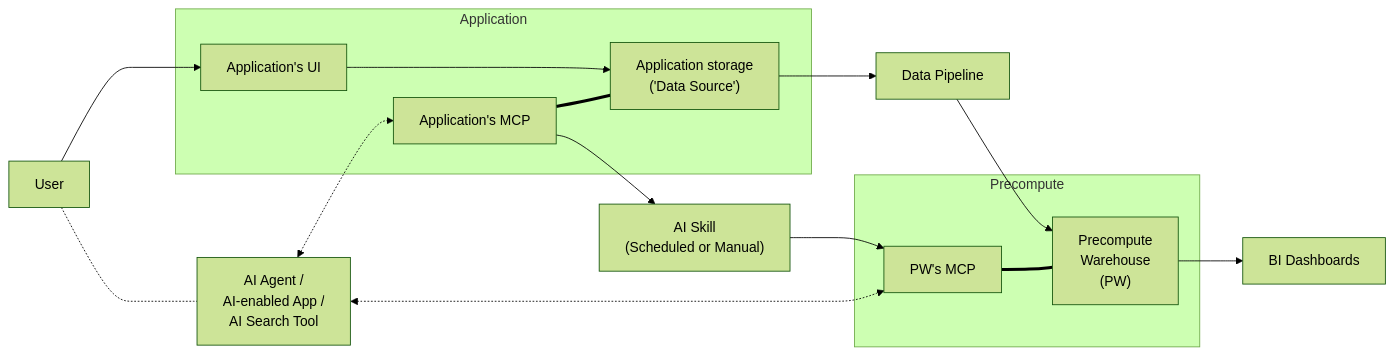
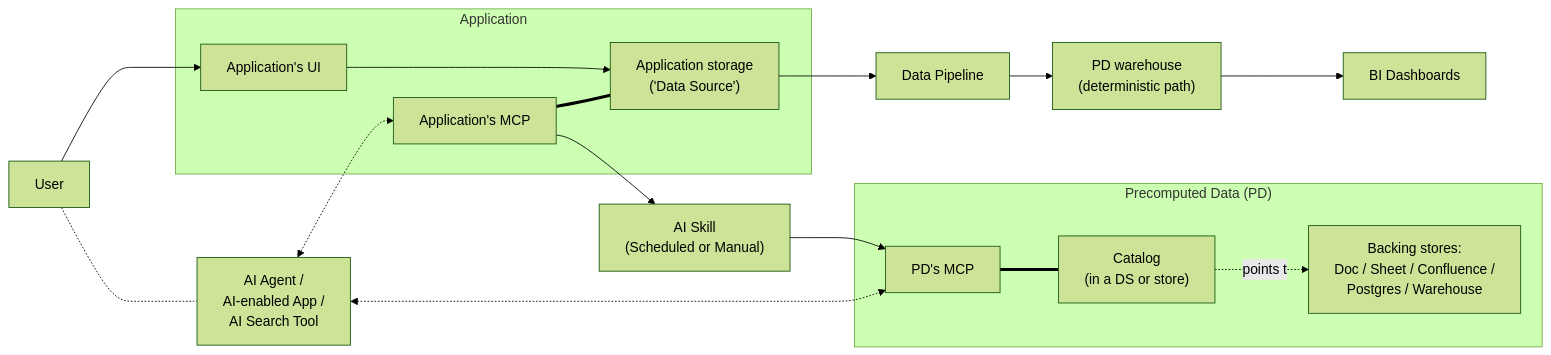
The first of 2 diagrams in lik-architecture.md (navapbc/leverage-inst-knowl), drawn with Mermaid (forest theme) before and after one commit. The commit also changed other lines of this file, not shown here.

````diff
--- a/lik-architecture.md
+++ b/lik-architecture.md
@@ -147,25 +166,26 @@
 ```mermaid
 flowchart LR
   %% Overall Data Flow
 
   User[User] ---> DS_UI
 
   subgraph Application
     DS["Application storage <br/>('Data Source')"]
     DS_UI["Application's UI"] ---> DS
     DS_MCP["Application's MCP"] === DS
   end
 
-  DS --> Pipeline[Data Pipeline] --> PW["Precompute<br/>Warehouse<br/>(PW)"]
-  PW --> BI[BI Dashboards]
+  DS --> Pipeline[Data Pipeline] --> Warehouse["PD warehouse<br/>(deterministic path)"]
+  Warehouse --> BI[BI Dashboards]
 
-  DS_MCP --> Skill["AI Skill<br/>(Scheduled or Manual)"] --> PW_MCP
+  DS_MCP --> Skill["AI Skill<br/>(Scheduled or Manual)"] --> PD_MCP
 
-  subgraph Precompute
-    PW_MCP[PW's MCP] === PW
+  subgraph Precomputed Data ["Precomputed Data (PD)"]
+    PD_MCP[PD's MCP] === Catalog["Catalog<br/>(in a DS or store)"]
+    Catalog -.points to.-> Stores["Backing stores:<br/>Doc / Sheet / Confluence /<br/>Postgres / Warehouse"]
   end
 
   AI_App[AI Agent /<br/>AI-enabled App /<br/>AI Search Tool]
   User -.- AI_App
-  AI_App <-.-> DS_MCP & PW_MCP
+  AI_App <-.-> DS_MCP & PD_MCP
 ```
````
